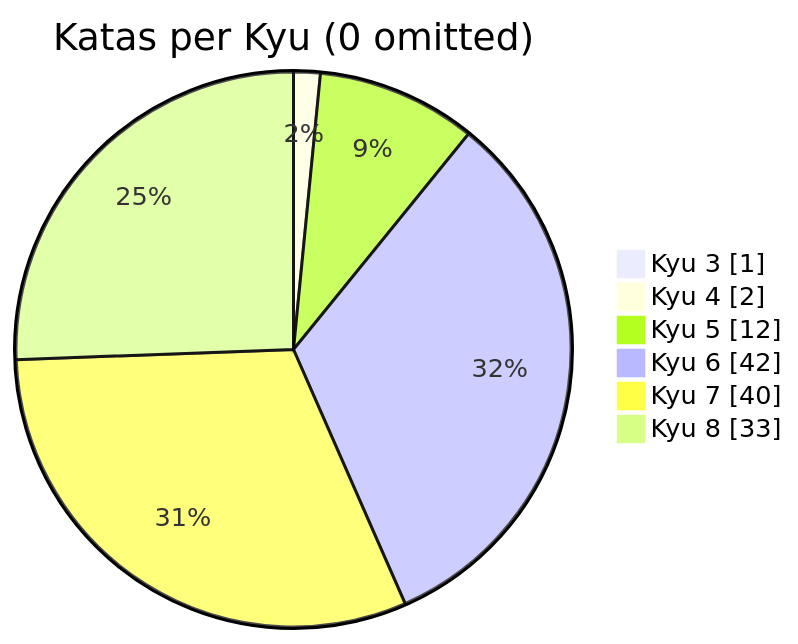
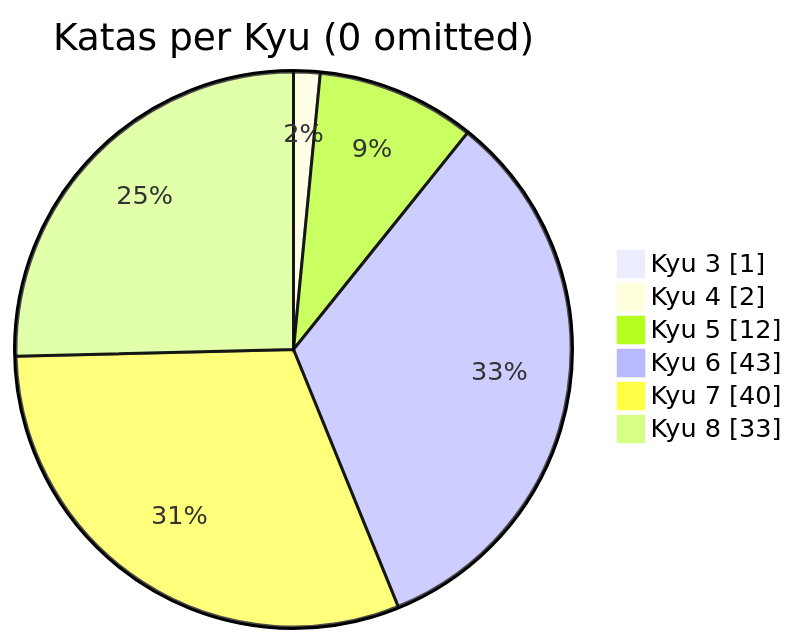
One commit to MauricioLudwig/codewars-typescript changed the diagram in README.md. Above: the diagram before and after it, drawn with Mermaid. The commit also changed other lines of this file, not shown here.

````diff
--- a/README.md
+++ b/README.md
@@ -21,10 +21,10 @@
 ```mermaid
 pie showData
     title Katas per Kyu (0 omitted)
 	"Kyu 3": 1
 	"Kyu 4": 2
 	"Kyu 5": 12
-	"Kyu 6": 42
+	"Kyu 6": 43
 	"Kyu 7": 40
 	"Kyu 8": 33
 ```
````
